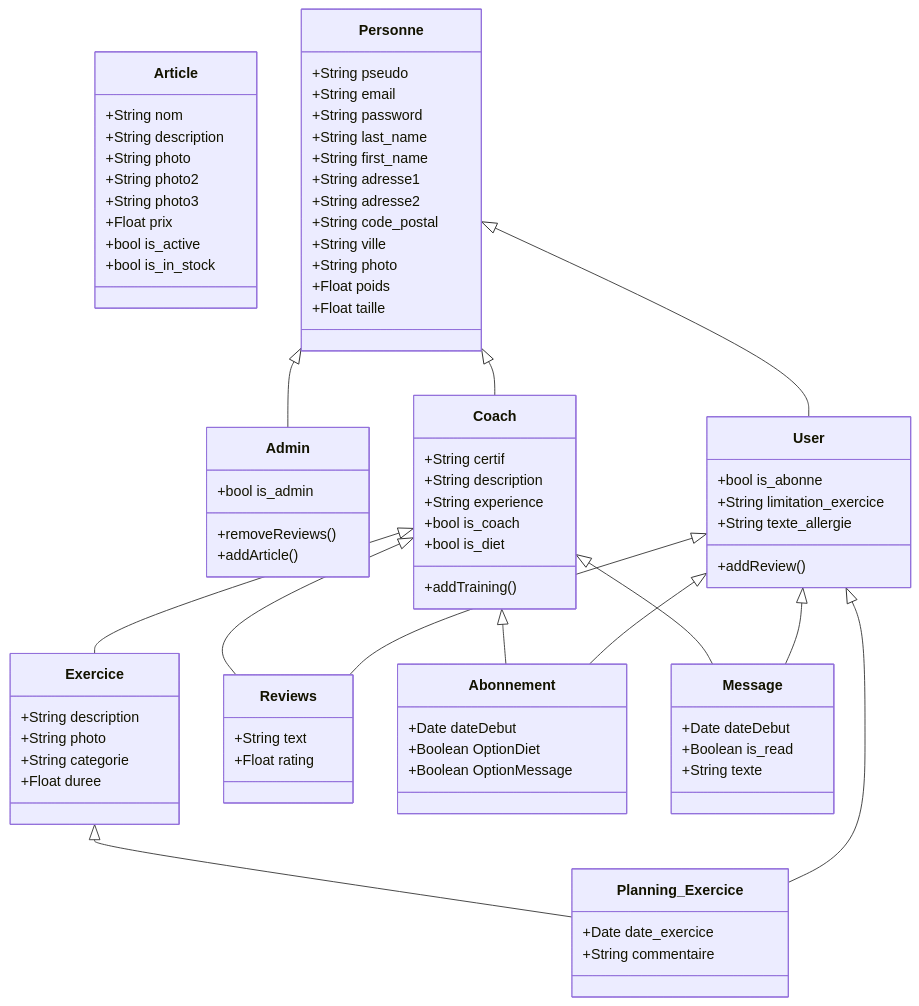
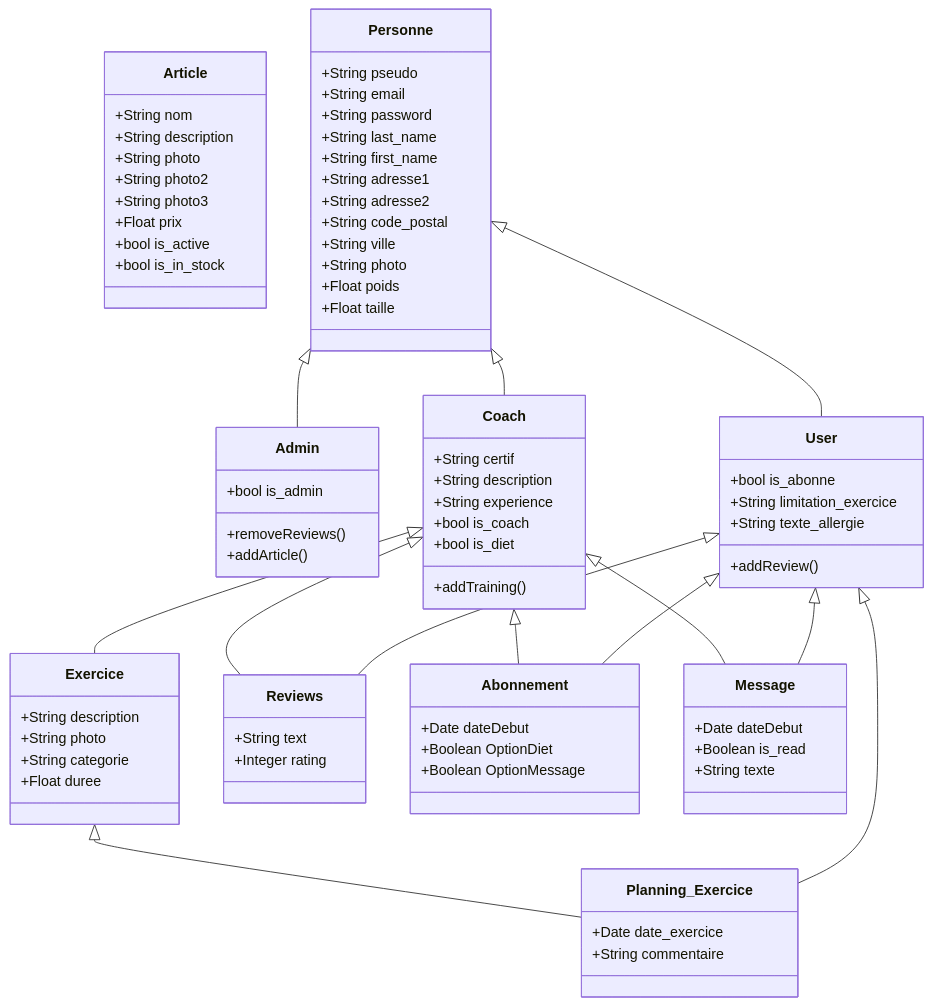
The diagram in Documentation/class_diagram.md (Genia888/FitnessHub), drawn with Mermaid before and after one commit.

Commit message:
Rating => integer

```diff
--- a/Documentation/class_diagram.md
+++ b/Documentation/class_diagram.md
@@ -67,7 +67,7 @@
 
     class Reviews {
 	    +String text
-	    +Float rating
+	    +Integer rating
     }
 
     class Abonnement {
```
